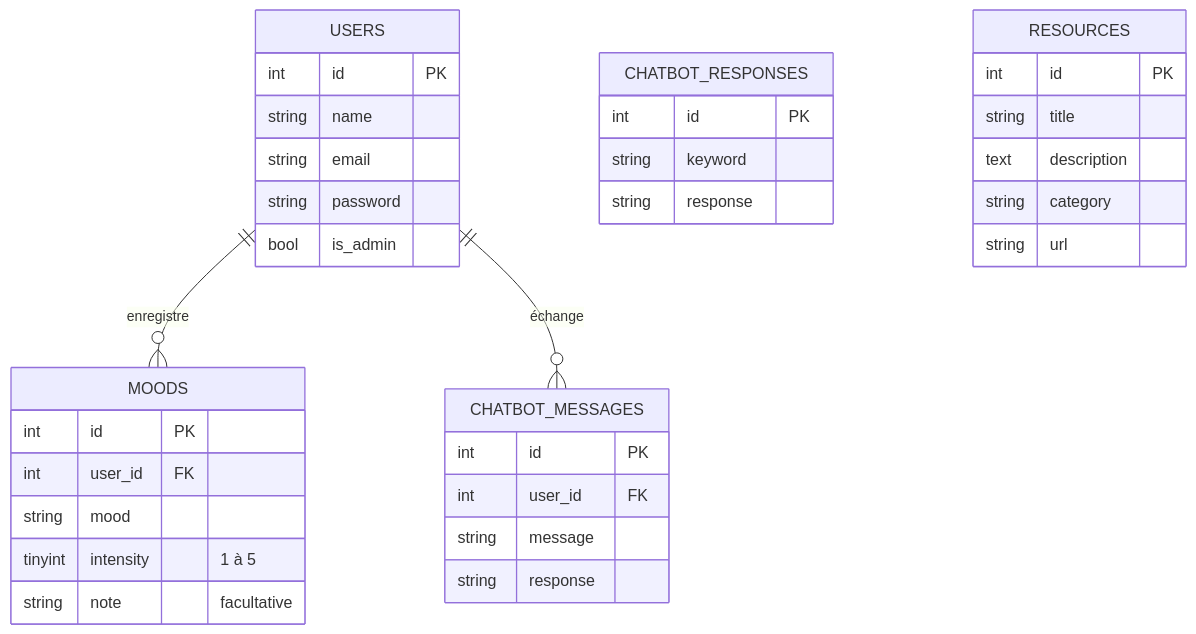
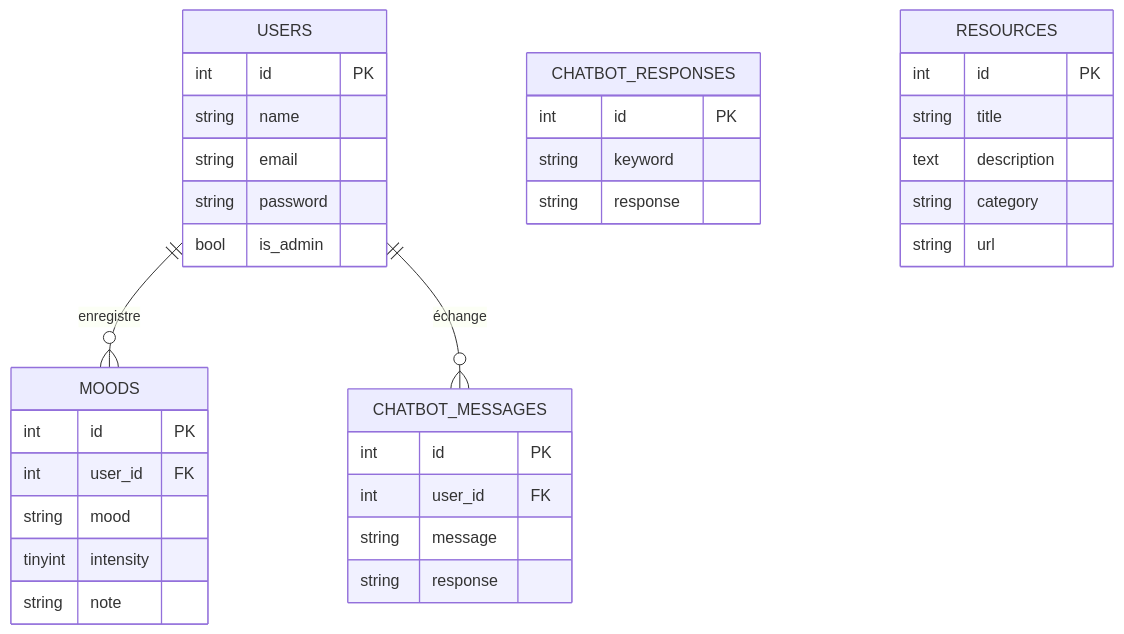
One commit to fereskbayer0/projet-PI changed the second of 3 diagrams in README.md. Above: the diagram before and after it, drawn with Mermaid. The commit also changed other lines of this file, not shown here.

````diff
--- a/README.md
+++ b/README.md
@@ -153,38 +153,38 @@
 ```mermaid
 erDiagram
     USERS ||--o{ MOODS : "enregistre"
     USERS ||--o{ CHATBOT_MESSAGES : "échange"
 
     USERS {
         int id PK
         string name
         string email
         string password
         bool is_admin
     }
     MOODS {
         int id PK
         int user_id FK
         string mood
-        tinyint intensity "1 à 5"
-        string note "facultative"
+        tinyint intensity
+        string note
     }
     CHATBOT_MESSAGES {
         int id PK
         int user_id FK
         string message
         string response
     }
     CHATBOT_RESPONSES {
         int id PK
         string keyword
         string response
     }
     RESOURCES {
         int id PK
         string title
         text description
         string category
         string url
     }
 ```
````
